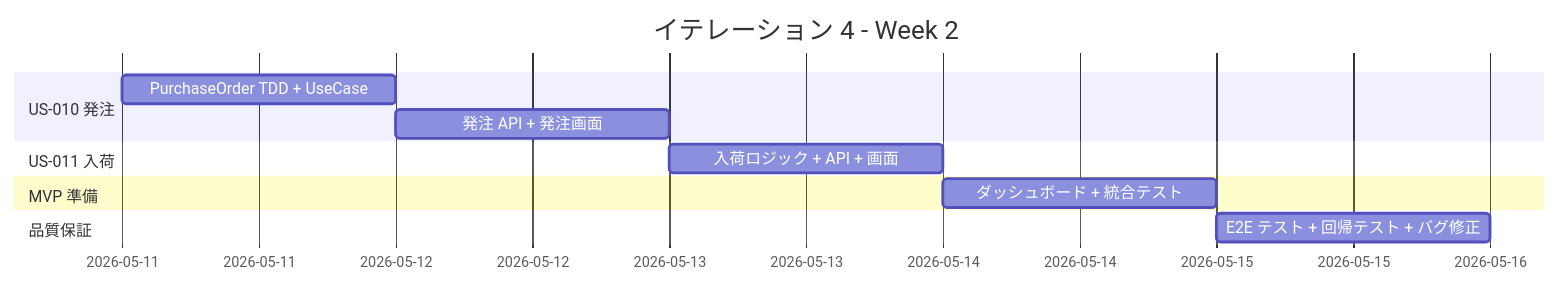
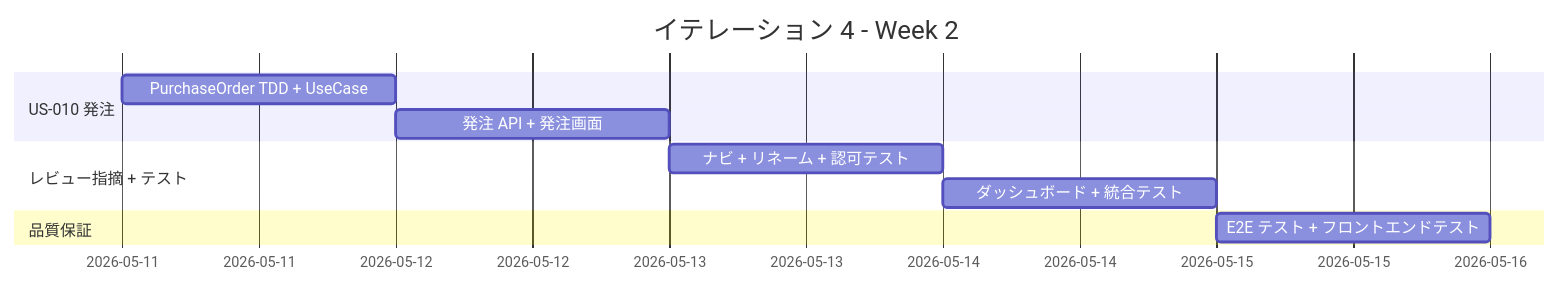
The second of 4 diagrams in docs/development/iteration_plan-4.md (k2works/case-study-sdd-development), drawn with Mermaid before and after one commit. The commit also changed other lines of this file, not shown here.

````diff
--- a/docs/development/iteration_plan-4.md
+++ b/docs/development/iteration_plan-4.md
@@ -196,14 +192,13 @@
 ```mermaid
 gantt
     title イテレーション 4 - Week 2
     dateFormat  YYYY-MM-DD
     section US-010 発注
     PurchaseOrder TDD + UseCase          :a1, 2026-05-11, 1d
     発注 API + 発注画面                   :a2, after a1, 1d
-    section US-011 入荷
-    入荷ロジック + API + 画面             :b1, 2026-05-13, 1d
-    section MVP 準備
-    ダッシュボード + 統合テスト            :c1, 2026-05-14, 1d
+    section レビュー指摘 + テスト
+    ナビ + リネーム + 認可テスト           :c1, 2026-05-13, 1d
+    ダッシュボード + 統合テスト            :c2, after c1, 1d
     section 品質保証
-    E2E テスト + 回帰テスト + バグ修正    :t1, 2026-05-15, 1d
+    E2E テスト + フロントエンドテスト      :t1, 2026-05-15, 1d
 ```
````
